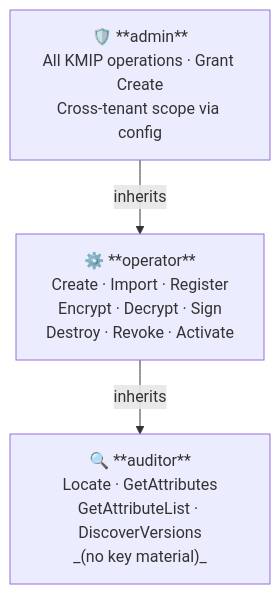
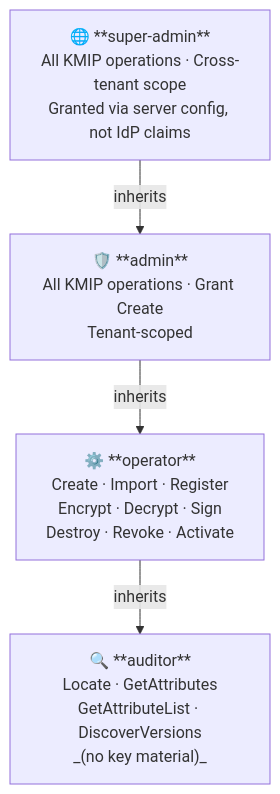
One commit to Cosmian/kms changed the second of 4 diagrams in CONTEXT.md. Above: the diagram before and after it, drawn with Mermaid. The commit also changed other lines of this file and 65 other files, not shown here.

````diff
--- a/CONTEXT.md
+++ b/CONTEXT.md
@@ -170,9 +170,11 @@
 ```mermaid
 graph TD
-    A["🛡️ **admin**<br/>All KMIP operations · Grant Create<br/>Cross-tenant scope via config"]
+    SA["🌐 **super-admin**<br/>All KMIP operations · Cross-tenant scope<br/>Granted via server config, not IdP claims"]
+    A["🛡️ **admin**<br/>All KMIP operations · Grant Create<br/>Tenant-scoped"]
     O["⚙️ **operator**<br/>Create · Import · Register<br/>Encrypt · Decrypt · Sign<br/>Destroy · Revoke · Activate"]
     Au["🔍 **auditor**<br/>Locate · GetAttributes<br/>GetAttributeList · DiscoverVersions<br/>_(no key material)_"]
 
+    SA -- inherits --> A
     A -- inherits --> O
     O -- inherits --> Au
 ```
````
